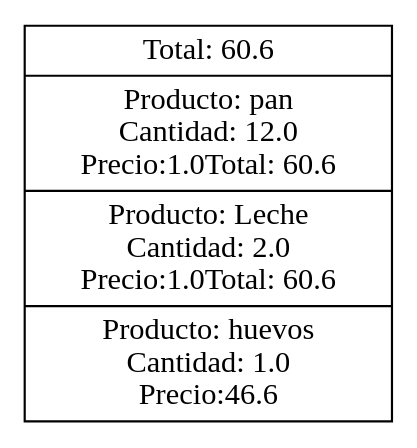
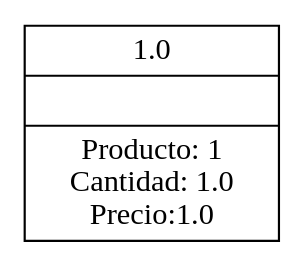
One commit to Eduardo01004/Proyecto_Clase_EDD changed the diagram in Proyecto_Clase/Factura.dot. Above: the diagram before and after it, drawn with Graphviz. The commit also changed 72 other files, not shown here.

```diff
--- a/Proyecto_Clase/Factura.dot
+++ b/Proyecto_Clase/Factura.dot
@@ -1,9 +1,7 @@
 digraph G{ rankdir=LR;
 node [shape= record, width=.1,height=.1];
 
 nodeTable [label = " 
-Total: 60.6|Producto: pan&#92;n Cantidad: 12.0&#92;n Precio:1.0
-Total: 60.6|Producto: Leche&#92;n Cantidad: 2.0&#92;n Precio:1.0
-Total: 60.6|Producto: huevos&#92;n Cantidad: 1.0&#92;n Precio:46.6
+1.0||Producto: 1&#92;n Cantidad: 1.0&#92;n Precio:1.0
 "];
 }
```
